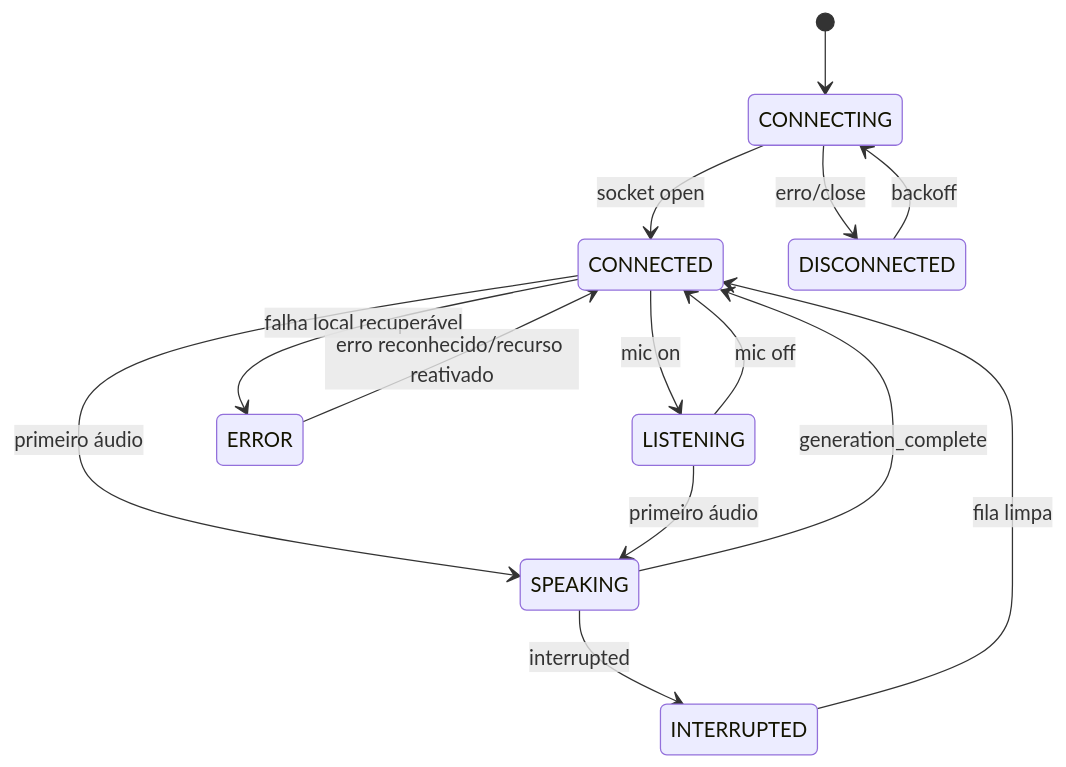
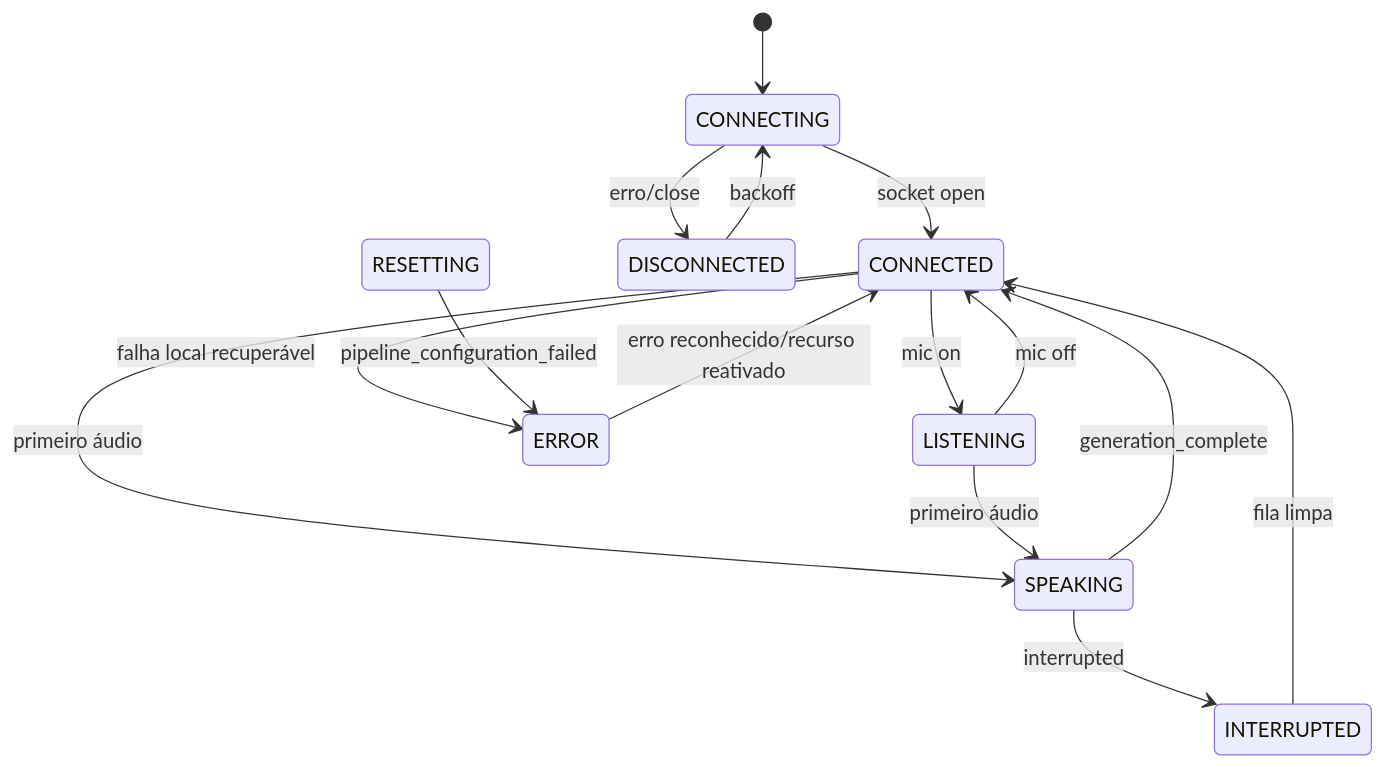
One commit to brasalabs6/genai-processors changed diagram 13 of 16 in WORKFLOW.md. Above: the diagram before and after it, drawn with Mermaid. The commit also changed other lines of this file and 10 other files, not shown here.

````diff
--- a/WORKFLOW.md
+++ b/WORKFLOW.md
@@ -339,16 +383,17 @@
 ```mermaid
 stateDiagram-v2
   [*] --> CONNECTING
   CONNECTING --> CONNECTED: socket open
   CONNECTING --> DISCONNECTED: erro/close
   CONNECTED --> LISTENING: mic on
   LISTENING --> CONNECTED: mic off
   CONNECTED --> SPEAKING: primeiro áudio
   LISTENING --> SPEAKING: primeiro áudio
   SPEAKING --> CONNECTED: generation_complete
   SPEAKING --> INTERRUPTED: interrupted
   INTERRUPTED --> CONNECTED: fila limpa
   DISCONNECTED --> CONNECTING: backoff
   CONNECTED --> ERROR: falha local recuperável
+  RESETTING --> ERROR: pipeline_configuration_failed
   ERROR --> CONNECTED: erro reconhecido/recurso reativado
 ```
````
